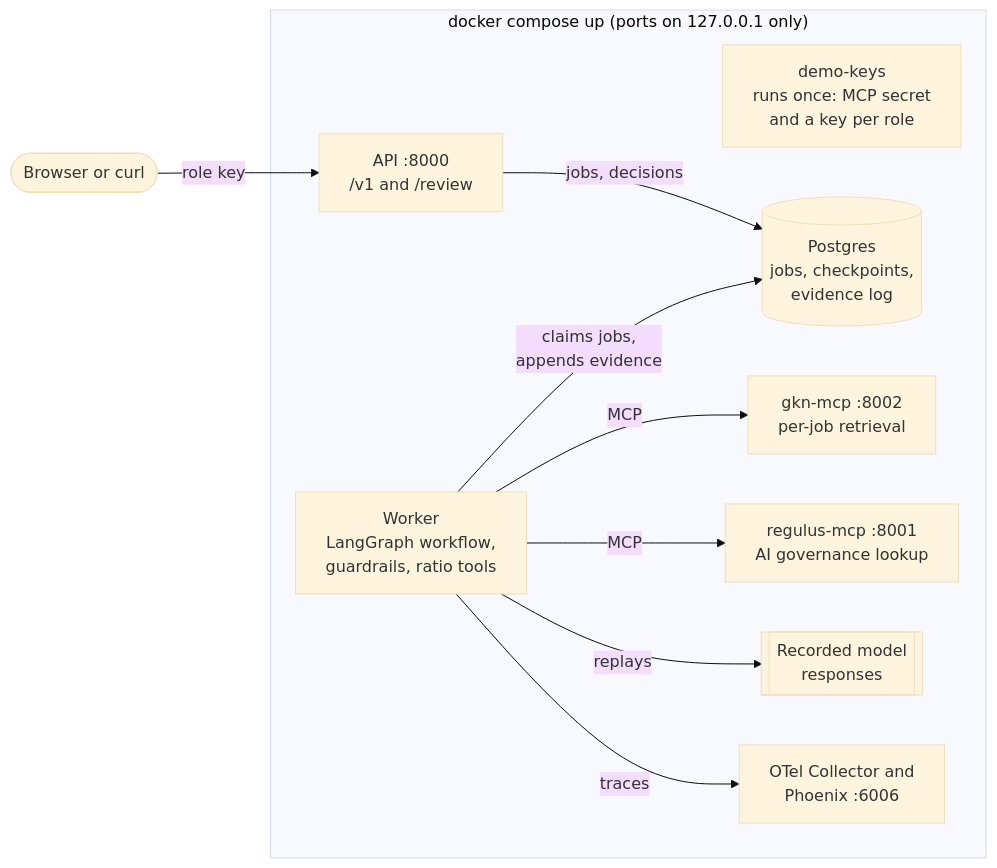
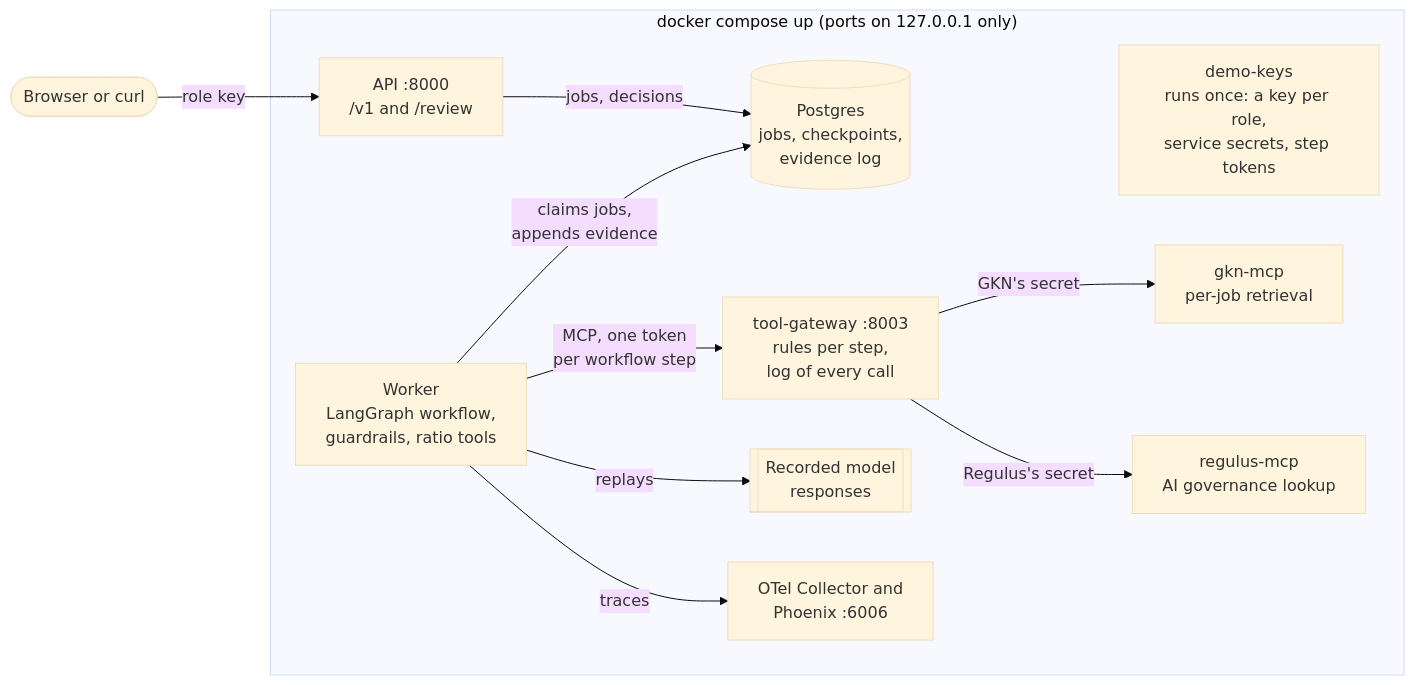
The second of 2 diagrams in README.md (minw0607/axiom_agent_platform), drawn with Mermaid (base theme) before and after one commit. The commit also changed other lines of this file and 29 other files, not shown here.

First line of the commit message:
MCP tool gateway: per-step tokens, a secret per service, one call log (ADR 0014)

````diff
--- a/README.md
+++ b/README.md
@@ -89,14 +89,15 @@
 ```mermaid
 flowchart LR
     U(["Browser or curl"]) -- "role key" --> API
 
     subgraph stack["docker compose up (ports on 127.0.0.1 only)"]
-        K["demo-keys<br/>runs once: MCP secret<br/>and a key per role"]
+        K["demo-keys<br/>runs once: a key per role,<br/>service secrets, step tokens"]
         API["API :8000<br/>/v1 and /review"] -- "jobs, decisions" --> PG[("Postgres<br/>jobs, checkpoints,<br/>evidence log")]
         W["Worker<br/>LangGraph workflow,<br/>guardrails, ratio tools"] -- "claims jobs,<br/>appends evidence" --> PG
-        W -- "MCP" --> G["gkn-mcp :8002<br/>per-job retrieval"]
-        W -- "MCP" --> R["regulus-mcp :8001<br/>AI governance lookup"]
+        W -- "MCP, one token<br/>per workflow step" --> TG["tool-gateway :8003<br/>rules per step,<br/>log of every call"]
+        TG -- "GKN's secret" --> G["gkn-mcp<br/>per-job retrieval"]
+        TG -- "Regulus's secret" --> R["regulus-mcp<br/>AI governance lookup"]
         W -- "replays" --> REC[["Recorded model<br/>responses"]]
         W -- "traces" --> P["OTel Collector and<br/>Phoenix :6006"]
     end
 ```
````
